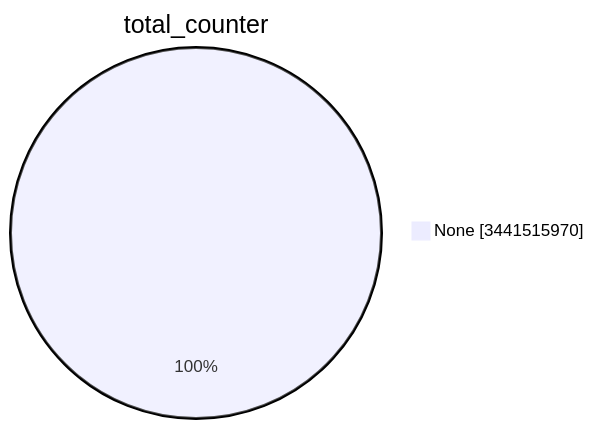
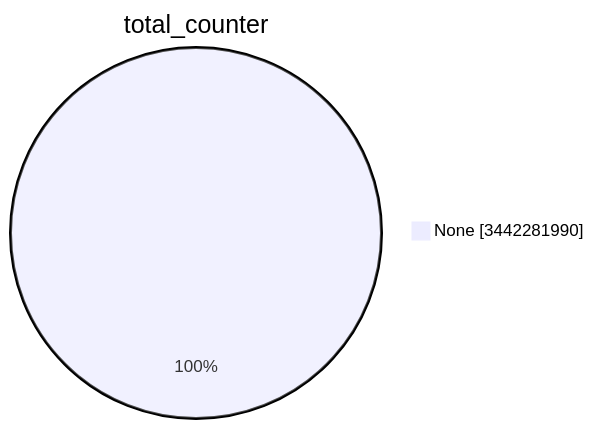
Before and after one commit to christiankrug/ctmonitor_visualization: the first of 15 diagrams in TOTAL/README.md, drawn with Mermaid. The commit also changed other lines of this file, not shown here.

````diff
--- a/TOTAL/README.md
+++ b/TOTAL/README.md
@@ -1,5 +1,5 @@
 ```mermaid
 pie showData
 title total_counter
-"None" :3441515970
+"None" :3442281990
 ```
````
